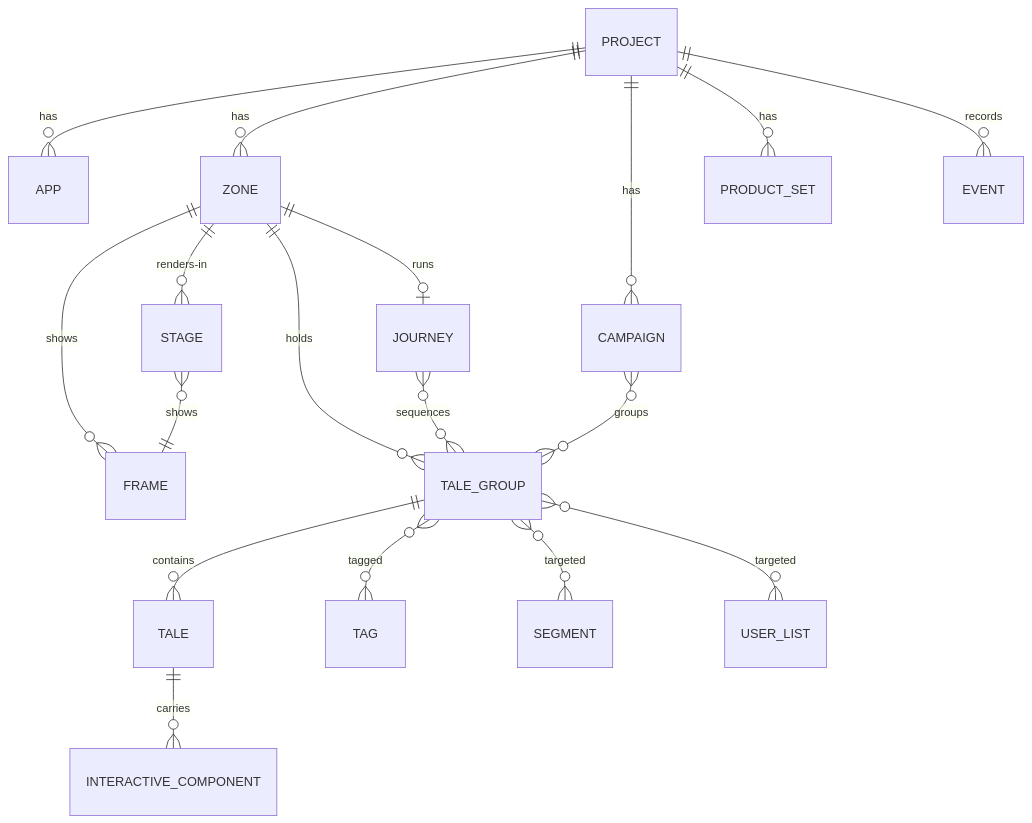
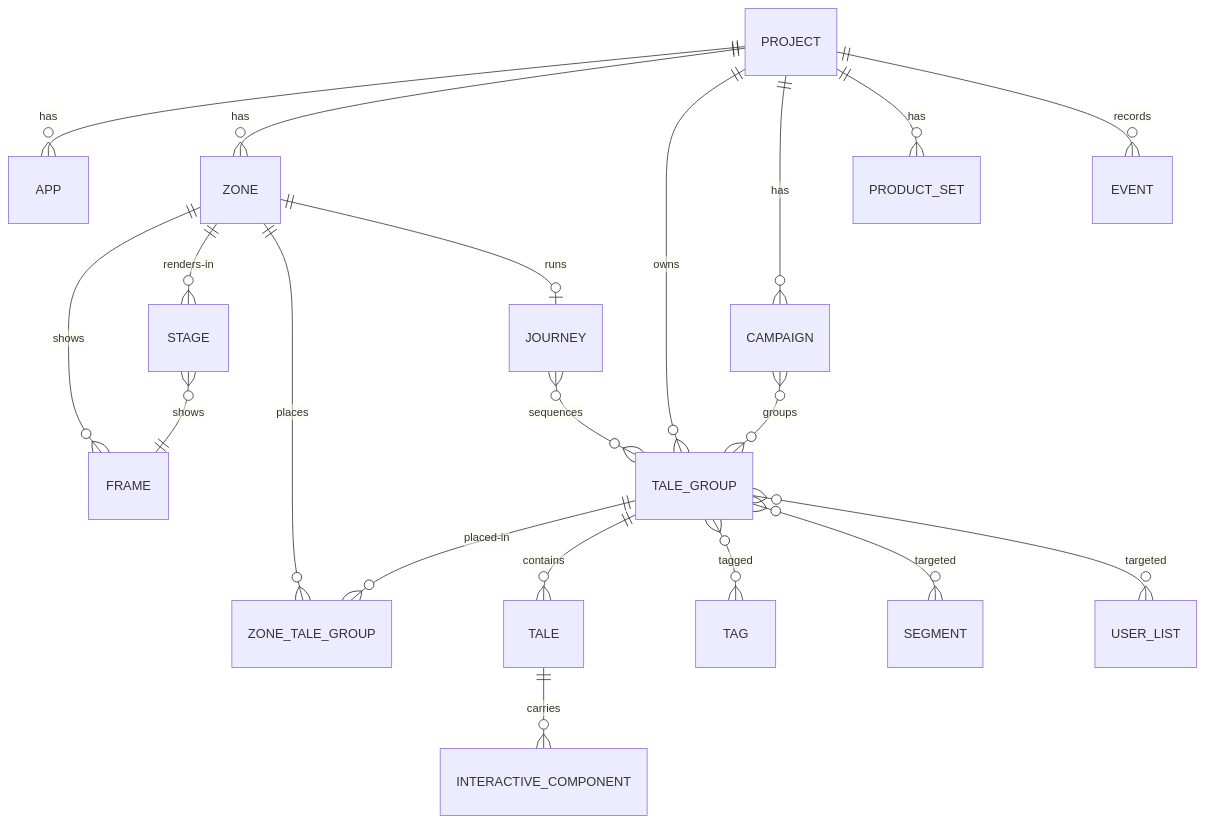
One commit to ido-lempert/Taleart changed the third of 3 diagrams in _bmad-output/initiative-taleart/architecture-taleart/architecture-taleart.md. Above: the diagram before and after it, drawn with Mermaid. The commit also changed other lines of this file and 12 other files, not shown here.

First line of the commit message:
Record importer decisions and tale group sharing

````diff
--- a/_bmad-output/initiative-taleart/architecture-taleart/architecture-taleart.md
+++ b/_bmad-output/initiative-taleart/architecture-taleart/architecture-taleart.md
@@ -179,20 +185,22 @@
 ```mermaid
 erDiagram
   PROJECT ||--o{ APP : has
   PROJECT ||--o{ ZONE : has
   ZONE ||--o{ FRAME : shows
   ZONE ||--o{ STAGE : renders-in
   STAGE }o--|| FRAME : shows
-  ZONE ||--o{ TALE_GROUP : holds
+  PROJECT ||--o{ TALE_GROUP : owns
+  ZONE ||--o{ ZONE_TALE_GROUP : places
+  TALE_GROUP ||--o{ ZONE_TALE_GROUP : placed-in
   TALE_GROUP ||--o{ TALE : contains
   TALE ||--o{ INTERACTIVE_COMPONENT : carries
   TALE_GROUP }o--o{ TAG : tagged
   TALE_GROUP }o--o{ SEGMENT : targeted
   TALE_GROUP }o--o{ USER_LIST : targeted
   PROJECT ||--o{ CAMPAIGN : has
   CAMPAIGN }o--o{ TALE_GROUP : groups
   ZONE ||--o| JOURNEY : runs
   JOURNEY }o--o{ TALE_GROUP : sequences
   PROJECT ||--o{ PRODUCT_SET : has
   PROJECT ||--o{ EVENT : records
 ```
````
